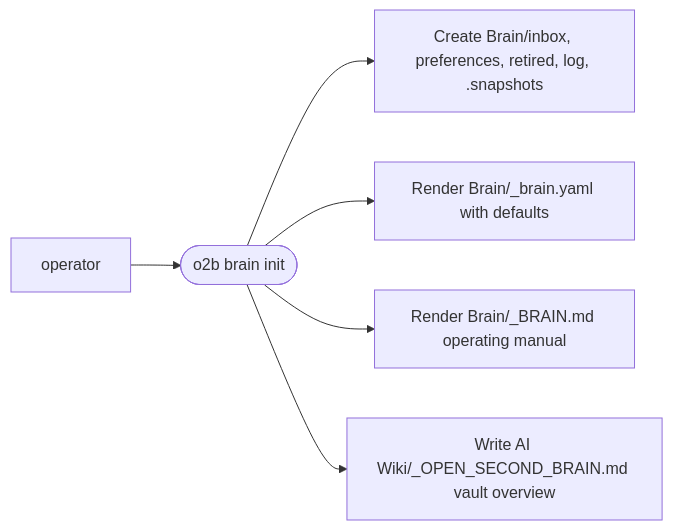
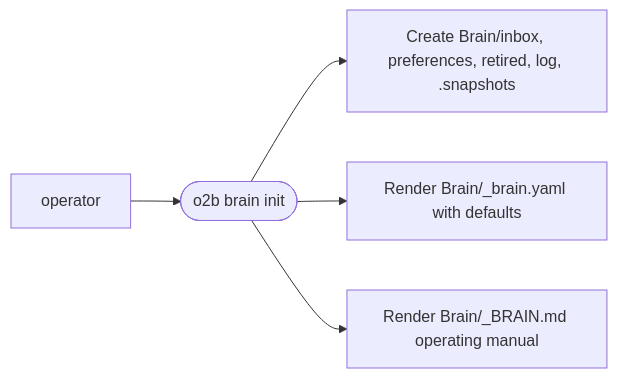
Diagram 12 of 12 in docs/how-it-works.md (itechmeat/open-second-brain), drawn with Mermaid before and after one commit. The commit also changed other lines of this file and 125 other files, not shown here.

First line of the commit message:
v0.11.0 - Brain-centric vault layout: one agent-owned root, opt-in user notes (#35)

````diff
--- a/docs/how-it-works.md
+++ b/docs/how-it-works.md
@@ -736,8 +752,7 @@
 ```mermaid
 flowchart LR
     User[operator] --> Init([o2b brain init])
     Init --> Skel["Create Brain/inbox, preferences, retired, log, .snapshots"]
     Init --> Yaml[Render Brain/_brain.yaml with defaults]
     Init --> Manual[Render Brain/_BRAIN.md operating manual]
-    Init --> Overview[Write AI Wiki/_OPEN_SECOND_BRAIN.md vault overview]
 ```
````
